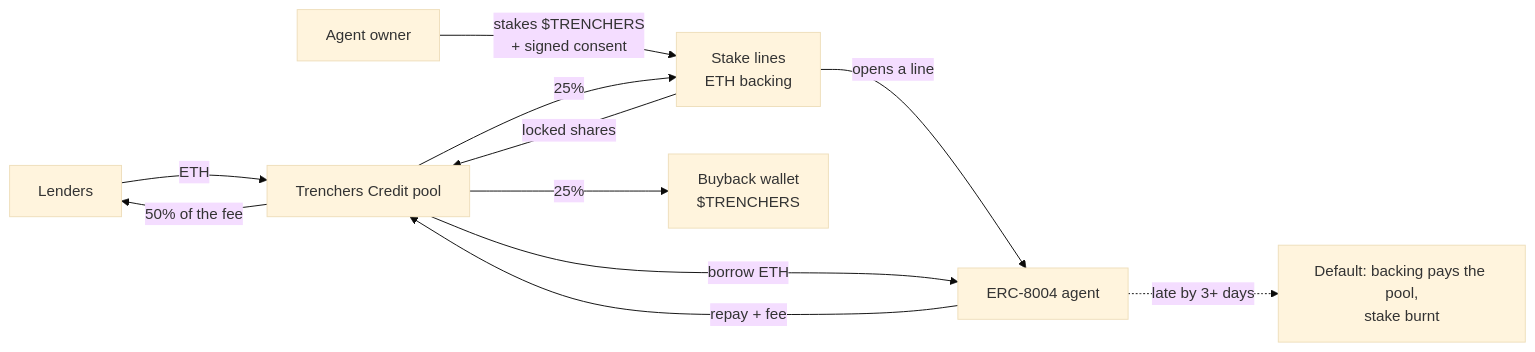
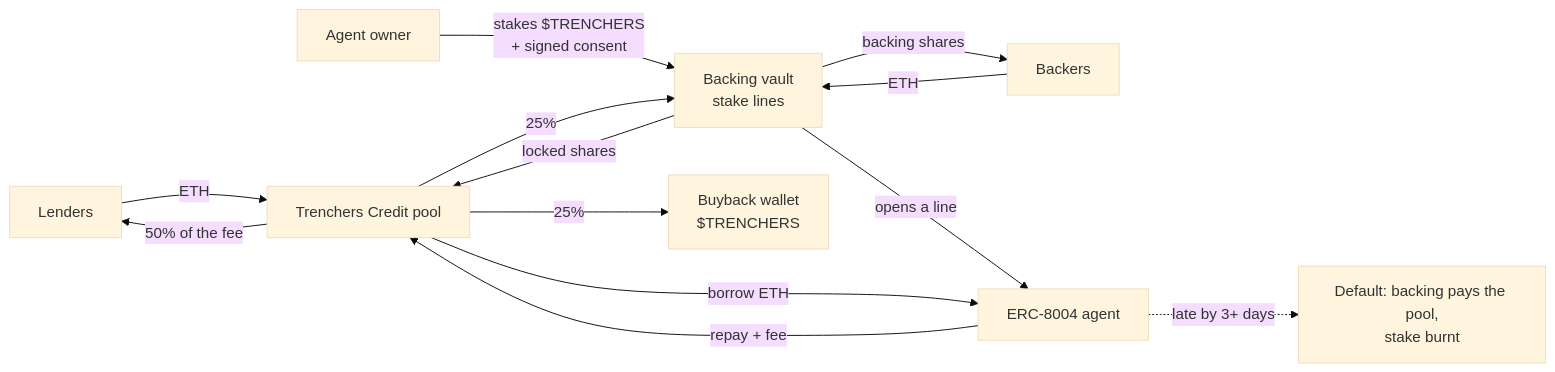
One commit to trenchersio/trenchers changed the seventh of 7 diagrams in README.md. Above: the diagram before and after it, drawn with Mermaid (base theme). The commit also changed other lines of this file and 20 other files, not shown here.

````diff
--- a/README.md
+++ b/README.md
@@ -801,13 +817,15 @@
 ```mermaid
 flowchart LR
     L[Lenders] -->|ETH| P[Trenchers Credit pool]
-    B[Stake lines<br/>ETH backing] -->|locked shares| P
+    K[Backers] -->|ETH| B[Backing vault<br/>stake lines]
+    B -->|backing shares| K
+    B -->|locked shares| P
     O[Agent owner] -->|stakes $TRENCHERS<br/>+ signed consent| B
     B -->|opens a line| A[ERC-8004 agent]
     P -->|borrow ETH| A
     A -->|repay + fee| P
     P -->|50% of the fee| L
     P -->|25%| B
     P -->|25%| BB[Buyback wallet<br/>$TRENCHERS]
     A -.->|late by 3+ days| D[Default: backing pays the pool,<br/>stake burnt]
 ```
````
